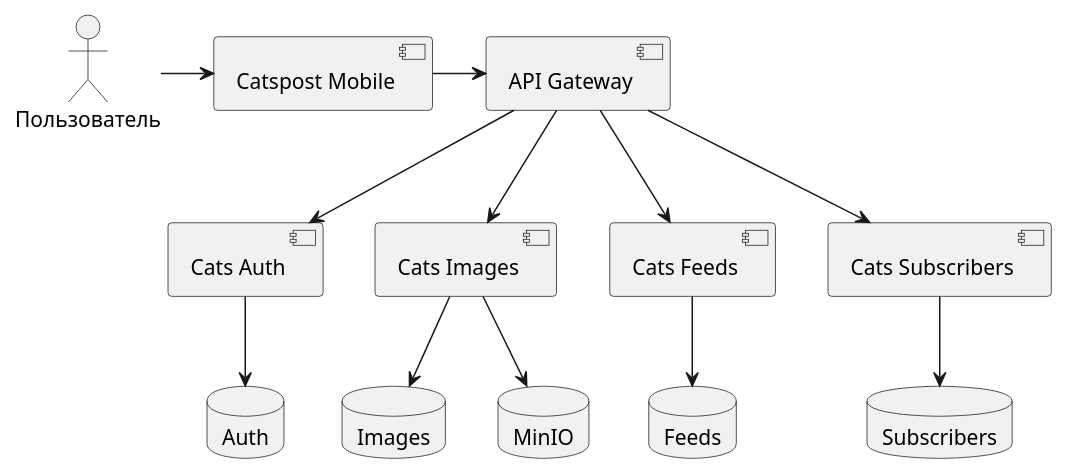
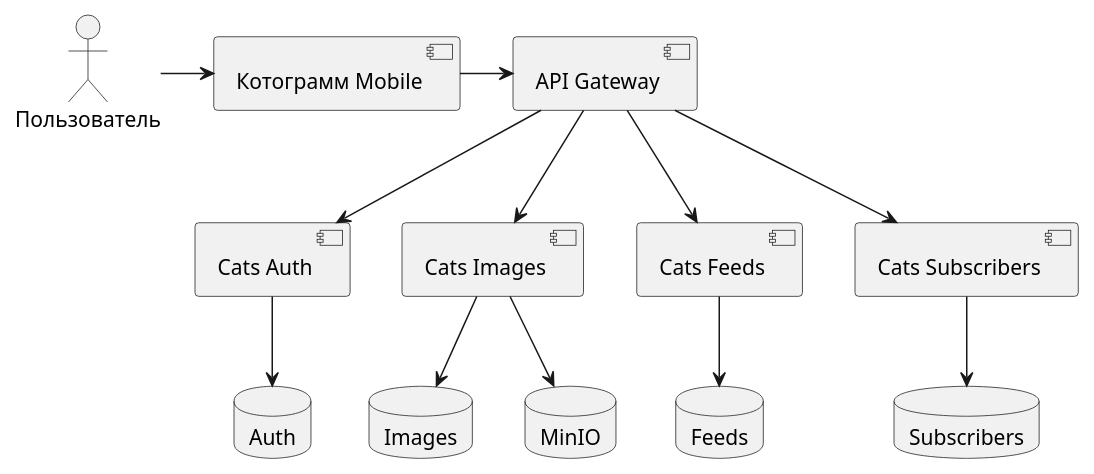
The diagram in src/docs/asciidoc/uml/components/components.puml (nikitcat/requirements.github.io), drawn with PlantUML before and after one commit. The commit also changed 8 other files, not shown here.

```diff
--- a/src/docs/asciidoc/uml/components/components.puml
+++ b/src/docs/asciidoc/uml/components/components.puml
@@ -1,27 +1,27 @@
 @startuml
 
 actor "Пользователь" as User
-component "Catspost Mobile" as CatspostApp
+component "Котограмм Mobile" as CatspostApp
 component "API Gateway" as APIGateway
 component "Cats Auth" as CatsAuth
 component "Cats Images" as CatsImages
 component "Cats Feeds" as CatsFeeds
 component "Cats Subscribers" as CatsSubscribers
 database "Auth" as auth
 database "Images" as images
 database "Feeds" as feeds
 database "Subscribers" as sub
 database "MinIO" as MinIO
 
 User -> CatspostApp
 CatspostApp -> APIGateway
 APIGateway --> CatsAuth
 APIGateway --> CatsImages
 APIGateway --> CatsFeeds
 APIGateway --> CatsSubscribers
 CatsImages --> MinIO
 CatsImages --> images
 CatsFeeds --> feeds
 CatsAuth --> auth
 CatsSubscribers --> sub
 @enduml
```
